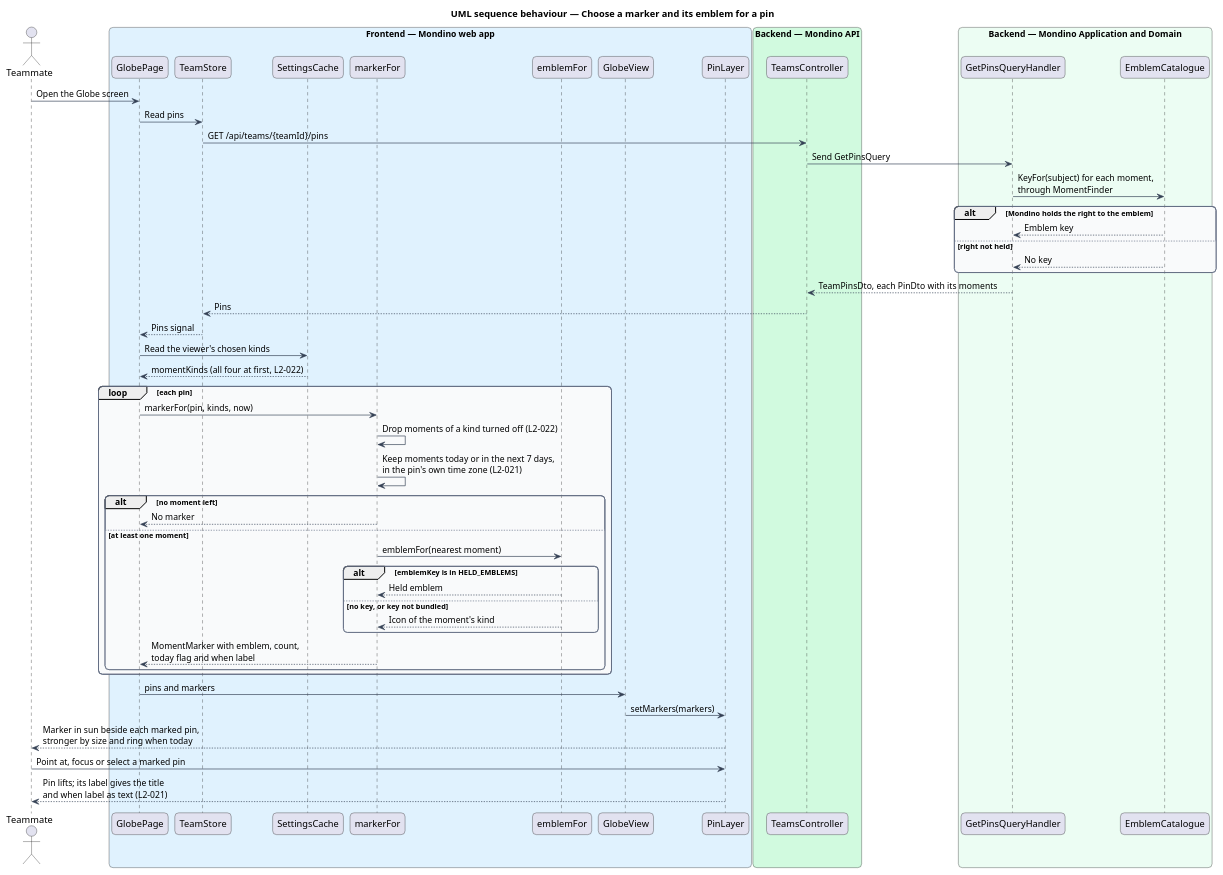
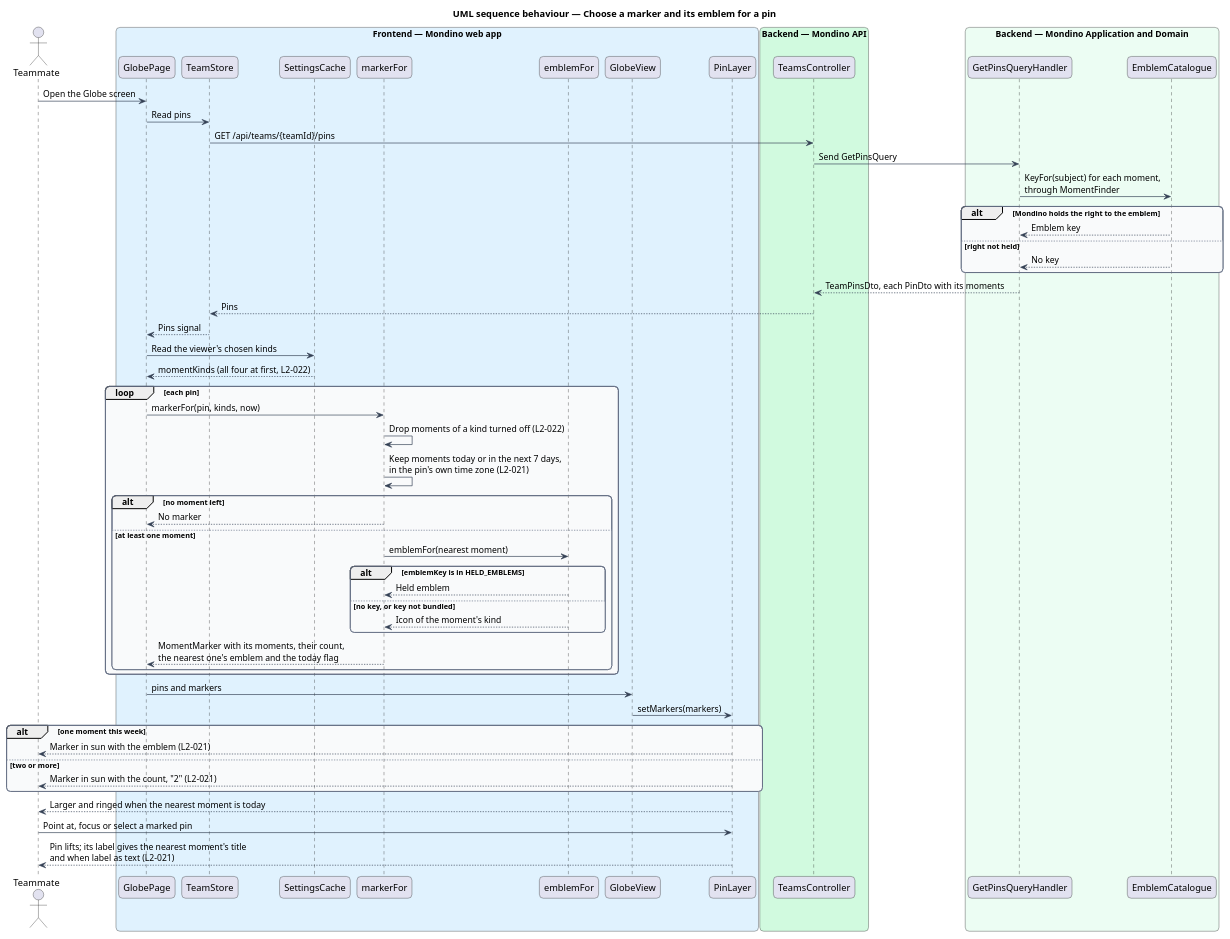
The diagram in docs/detailed-designs/moments/mark-pins-with-moments/diagrams/sequence-choose-marker.puml (QuinntyneBrown/Mondino), drawn with PlantUML before and after one commit. The commit also changed 91 other files, not shown here.

```diff
--- a/docs/detailed-designs/moments/mark-pins-with-moments/diagrams/sequence-choose-marker.puml
+++ b/docs/detailed-designs/moments/mark-pins-with-moments/diagrams/sequence-choose-marker.puml
@@ -1,71 +1,76 @@
 @startuml
 title UML sequence behaviour — Choose a marker and its emblem for a pin
 skinparam backgroundColor #FFFFFF
 skinparam shadowing false
 skinparam roundcorner 12
 skinparam defaultFontName Arial
 skinparam ArrowColor #344054
 skinparam rectangle {
   BorderColor #344054
   FontColor #101828
 }
 skinparam package {
   BorderColor #667085
   FontColor #101828
   BackgroundColor #F9FAFB
 }
 actor "Teammate" as actor
 box "Frontend — Mondino web app" #E0F2FE
   participant "GlobePage" as page
   participant "TeamStore" as store
   participant "SettingsCache" as settings
   participant "markerFor" as marker
   participant "emblemFor" as emblem
   participant "GlobeView" as view
   participant "PinLayer" as layer
 end box
 box "Backend — Mondino API" #D1FADF
   participant "TeamsController" as controller
 end box
 box "Backend — Mondino Application and Domain" #ECFDF3
   participant "GetPinsQueryHandler" as handler
   participant "EmblemCatalogue" as catalogue
 end box
 
 actor -> page : Open the Globe screen
 page -> store : Read pins
 store -> controller : GET /api/teams/{teamId}/pins
 controller -> handler : Send GetPinsQuery
 handler -> catalogue : KeyFor(subject) for each moment,\nthrough MomentFinder
 alt Mondino holds the right to the emblem
   catalogue --> handler : Emblem key
 else right not held
   catalogue --> handler : No key
 end
 handler --> controller : TeamPinsDto, each PinDto with its moments
 controller --> store : Pins
 store --> page : Pins signal
 page -> settings : Read the viewer's chosen kinds
 settings --> page : momentKinds (all four at first, L2-022)
 loop each pin
   page -> marker : markerFor(pin, kinds, now)
   marker -> marker : Drop moments of a kind turned off (L2-022)
   marker -> marker : Keep moments today or in the next 7 days,\nin the pin's own time zone (L2-021)
   alt no moment left
     marker --> page : No marker
   else at least one moment
     marker -> emblem : emblemFor(nearest moment)
     alt emblemKey is in HELD_EMBLEMS
       emblem --> marker : Held emblem
     else no key, or key not bundled
       emblem --> marker : Icon of the moment's kind
     end
-    marker --> page : MomentMarker with emblem, count,\ntoday flag and when label
+    marker --> page : MomentMarker with its moments, their count,\nthe nearest one's emblem and the today flag
   end
 end
 page -> view : pins and markers
 view -> layer : setMarkers(markers)
-layer --> actor : Marker in sun beside each marked pin,\nstronger by size and ring when today
+alt one moment this week
+  layer --> actor : Marker in sun with the emblem (L2-021)
+else two or more
+  layer --> actor : Marker in sun with the count, "2" (L2-021)
+end
+layer --> actor : Larger and ringed when the nearest moment is today
 actor -> layer : Point at, focus or select a marked pin
-layer --> actor : Pin lifts; its label gives the title\nand when label as text (L2-021)
+layer --> actor : Pin lifts; its label gives the nearest moment's title\nand when label as text (L2-021)
 @enduml
```
